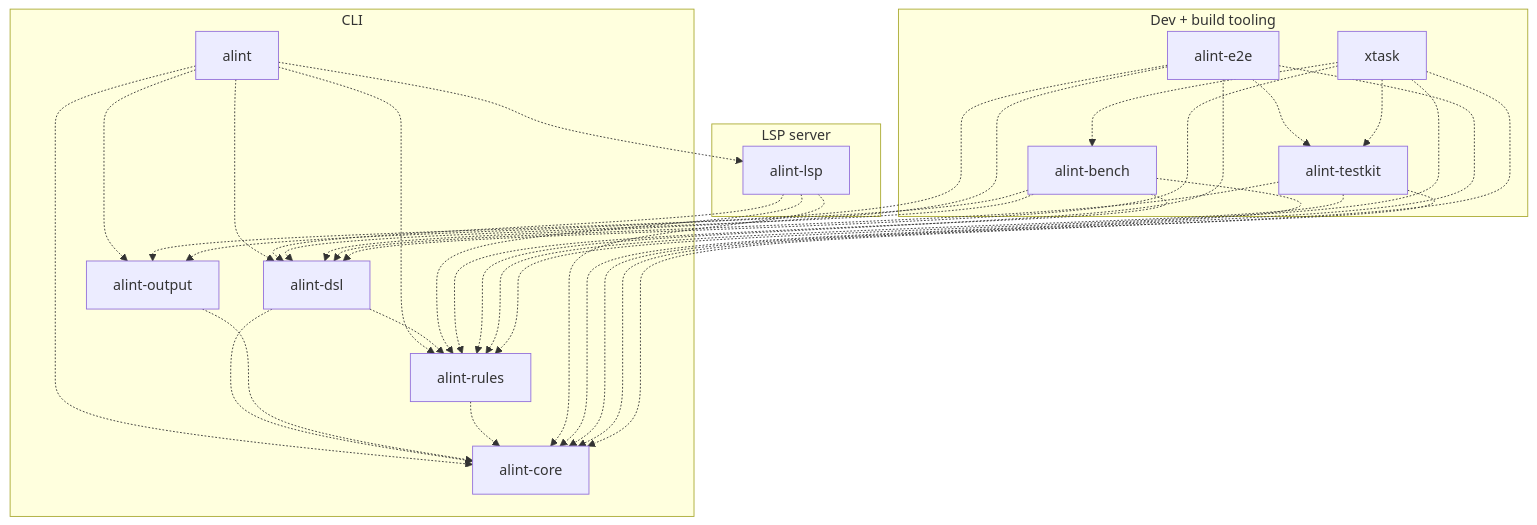
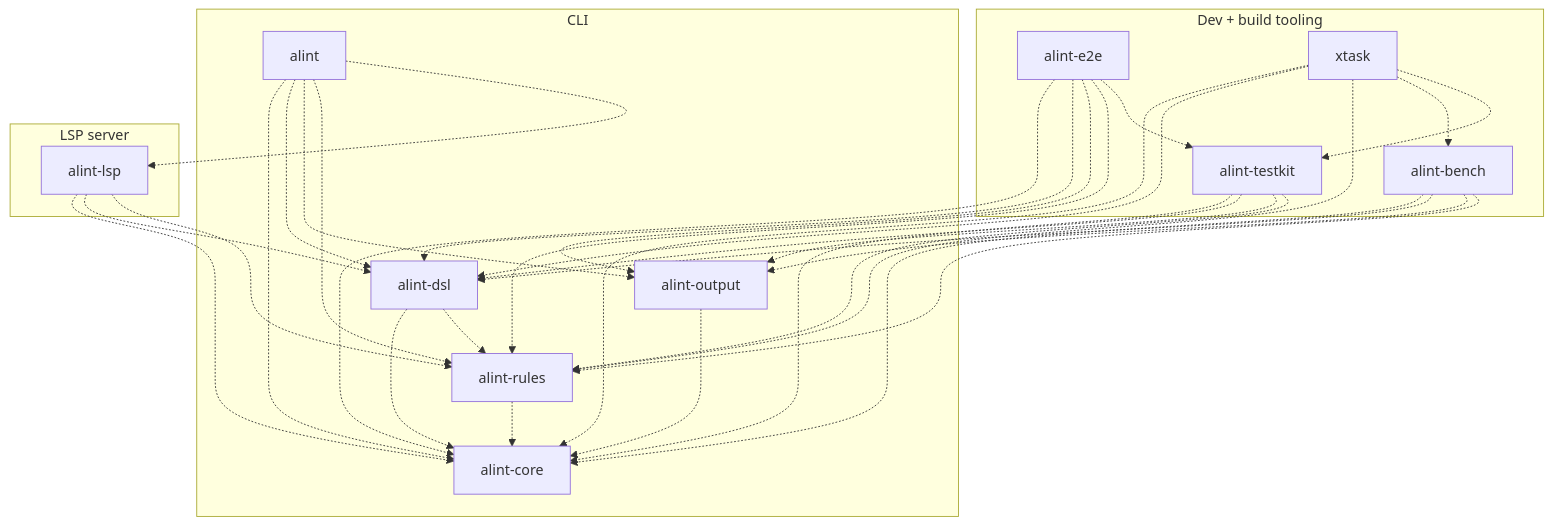
One commit to actions-marketplace-validations/asamarts_alint changed the fourth of 27 diagrams in docs/design/architecture/DIAGRAMS.md. Above: the diagram before and after it, drawn with Mermaid. The commit also changed 755 other files, not shown here.

````diff
--- a/docs/design/architecture/DIAGRAMS.md
+++ b/docs/design/architecture/DIAGRAMS.md
@@ -104,48 +104,49 @@
 ```mermaid
 graph TB
   subgraph AlintTooling["`Dev + build tooling`"]
     AlintTooling.E2e["alint-e2e"]
     AlintTooling.Xtask["xtask"]
     AlintTooling.Bench["alint-bench"]
     AlintTooling.Testkit["alint-testkit"]
   end
   subgraph AlintCli["`CLI`"]
     AlintCli.AlintBin["alint"]
     AlintCli.Output["alint-output"]
     AlintCli.Dsl["alint-dsl"]
     AlintCli.Rules["alint-rules"]
     AlintCli.Core["alint-core"]
   end
   subgraph AlintLspServer["`LSP server`"]
     AlintLspServer.Lspd["alint-lsp"]
   end
   AlintCli.AlintBin -.-> AlintCli.Core
   AlintCli.AlintBin -.-> AlintCli.Dsl
   AlintCli.Dsl -.-> AlintCli.Core
   AlintCli.AlintBin -.-> AlintCli.Output
   AlintCli.Output -.-> AlintCli.Core
   AlintCli.AlintBin -.-> AlintCli.Rules
   AlintCli.Dsl -.-> AlintCli.Rules
   AlintCli.Rules -.-> AlintCli.Core
   AlintCli.AlintBin -.-> AlintLspServer.Lspd
   AlintLspServer.Lspd -.-> AlintCli.Core
   AlintLspServer.Lspd -.-> AlintCli.Dsl
   AlintLspServer.Lspd -.-> AlintCli.Rules
   AlintTooling.Bench -.-> AlintCli.Core
   AlintTooling.Bench -.-> AlintCli.Dsl
   AlintTooling.Bench -.-> AlintCli.Output
   AlintTooling.Bench -.-> AlintCli.Rules
   AlintTooling.E2e -.-> AlintCli.Core
   AlintTooling.E2e -.-> AlintCli.Dsl
   AlintTooling.E2e -.-> AlintCli.Output
   AlintTooling.E2e -.-> AlintCli.Rules
   AlintTooling.E2e -.-> AlintTooling.Testkit
   AlintTooling.Testkit -.-> AlintCli.Core
   AlintTooling.Testkit -.-> AlintCli.Dsl
+  AlintTooling.Testkit -.-> AlintCli.Output
   AlintTooling.Testkit -.-> AlintCli.Rules
   AlintTooling.Xtask -.-> AlintCli.Core
   AlintTooling.Xtask -.-> AlintCli.Dsl
   AlintTooling.Xtask -.-> AlintCli.Rules
   AlintTooling.Xtask -.-> AlintTooling.Bench
   AlintTooling.Xtask -.-> AlintTooling.Testkit
 ```
````
